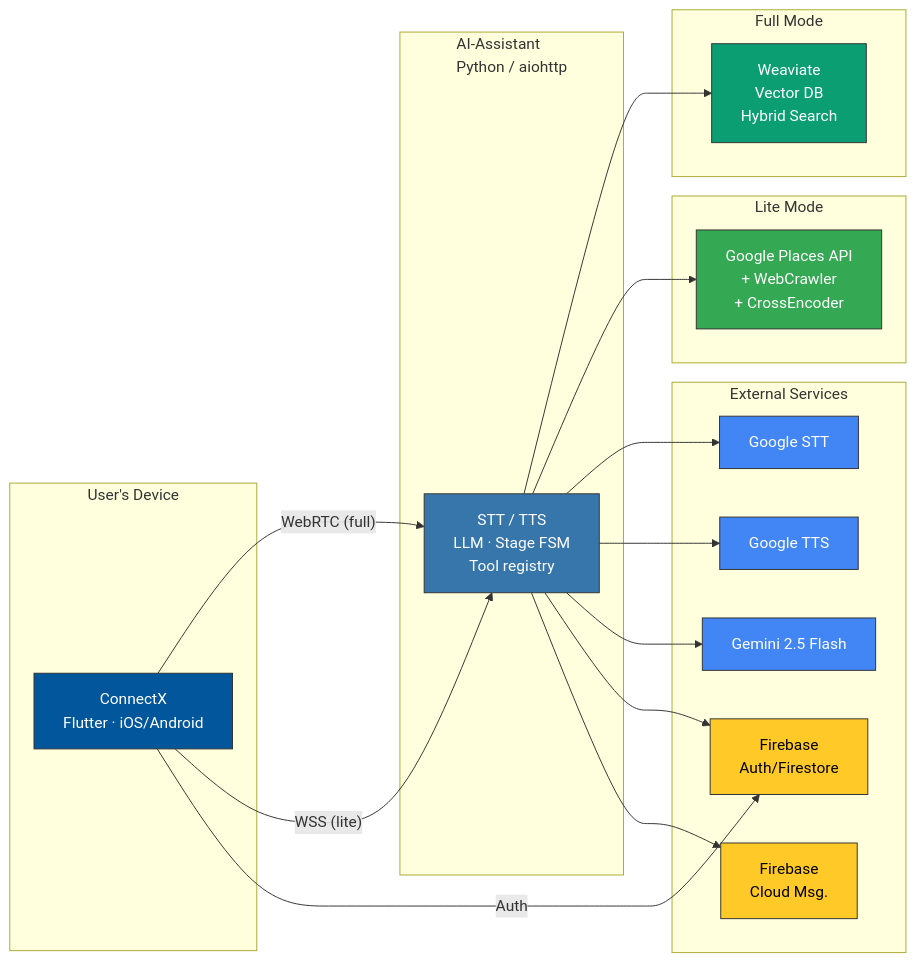
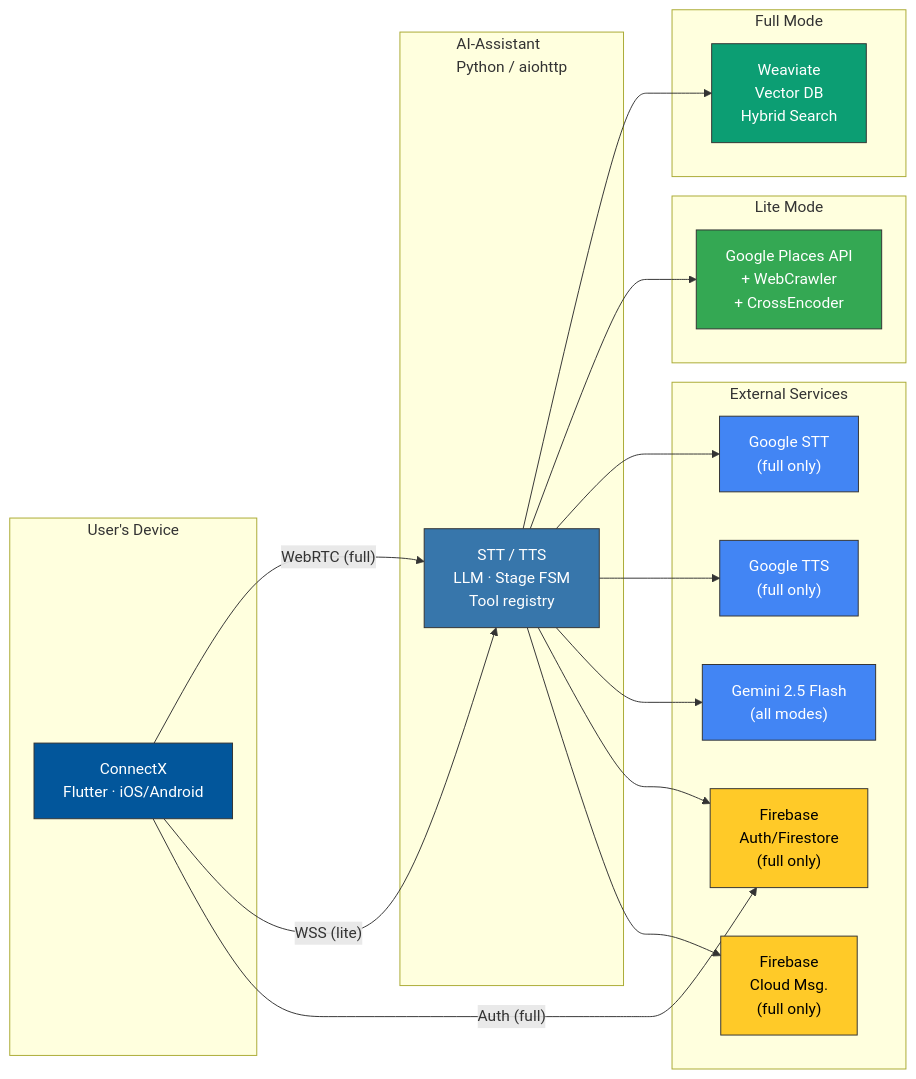
The first of 2 diagrams in docs/architecture.md (Fides-Connect/linkora), drawn with Mermaid before and after one commit. The commit also changed 2 other files, not shown here.

Commit message:
Fix Copilot review findings in README and docs

````diff
--- a/docs/architecture.md
+++ b/docs/architecture.md
@@ -9,47 +9,47 @@
 ```mermaid
 graph LR
     subgraph Device["User's Device"]
         A["ConnectX\nFlutter · iOS/Android"]
     end
 
     subgraph Backend["AI-Assistant\nPython / aiohttp"]
         B["STT / TTS\nLLM · Stage FSM\nTool registry"]
     end
 
     subgraph Full["Full Mode"]
         C["Weaviate\nVector DB\nHybrid Search"]
     end
 
     subgraph Lite["Lite Mode"]
         D["Google Places API\n+ WebCrawler\n+ CrossEncoder"]
     end
 
     subgraph External["External Services"]
-        E[Google STT]
-        F[Google TTS]
-        G["Gemini 2.5 Flash"]
-        H["Firebase\nAuth/Firestore"]
-        I["Firebase\nCloud Msg."]
+        E["Google STT\n(full only)"]
+        F["Google TTS\n(full only)"]
+        G["Gemini 2.5 Flash\n(all modes)"]
+        H["Firebase\nAuth/Firestore\n(full only)"]
+        I["Firebase\nCloud Msg.\n(full only)"]
     end
 
     A -- "WebRTC (full)" --> B
     A -- "WSS (lite)" --> B
-    A -- "Auth" --> H
+    A -- "Auth (full)" --> H
     B --> C
     B --> D
     B --> E
     B --> F
     B --> G
     B --> H
     B --> I
 
     style A fill:#02569B,stroke:#333,color:#fff
     style B fill:#3776AB,stroke:#333,color:#fff
     style C fill:#0C9E73,stroke:#333,color:#fff
     style D fill:#34A853,stroke:#333,color:#fff
     style E fill:#4285F4,stroke:#333,color:#fff
     style F fill:#4285F4,stroke:#333,color:#fff
     style G fill:#4285F4,stroke:#333,color:#fff
     style H fill:#FFCA28,stroke:#333,color:#000
     style I fill:#FFCA28,stroke:#333,color:#000
 ```
````
